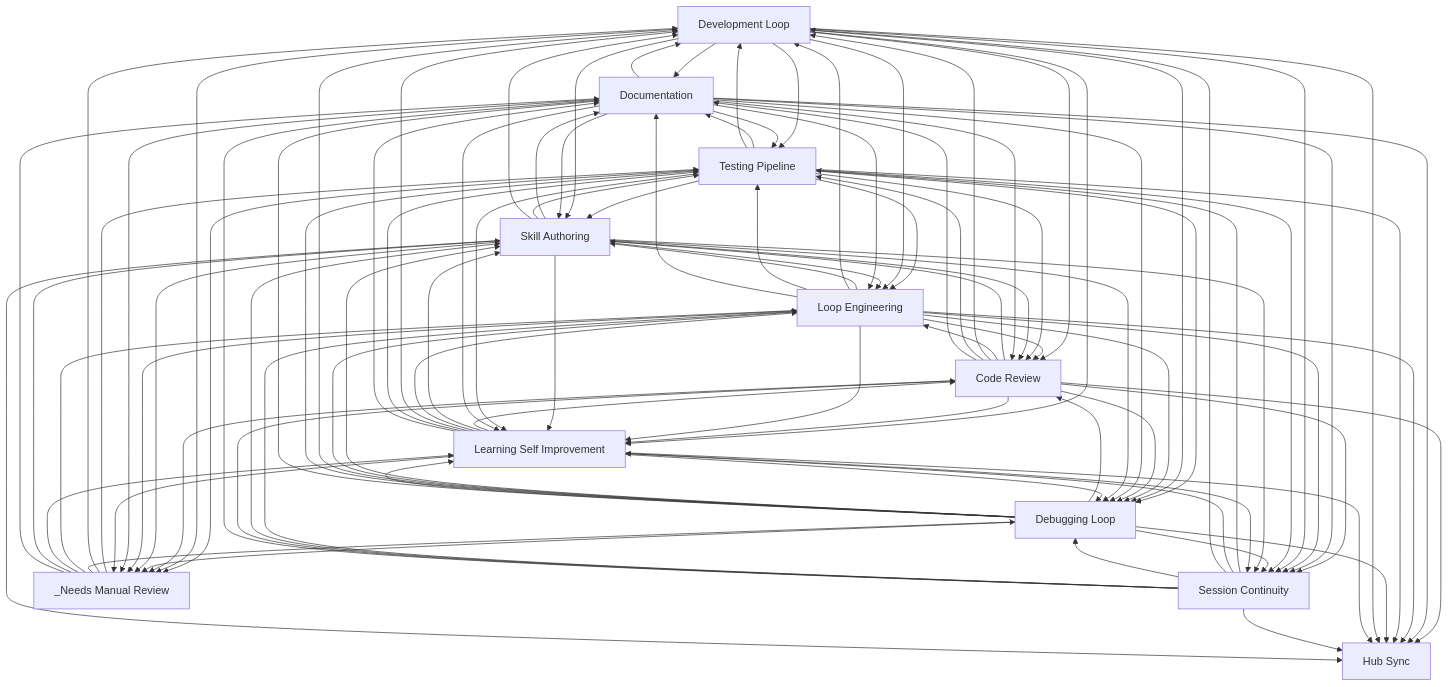
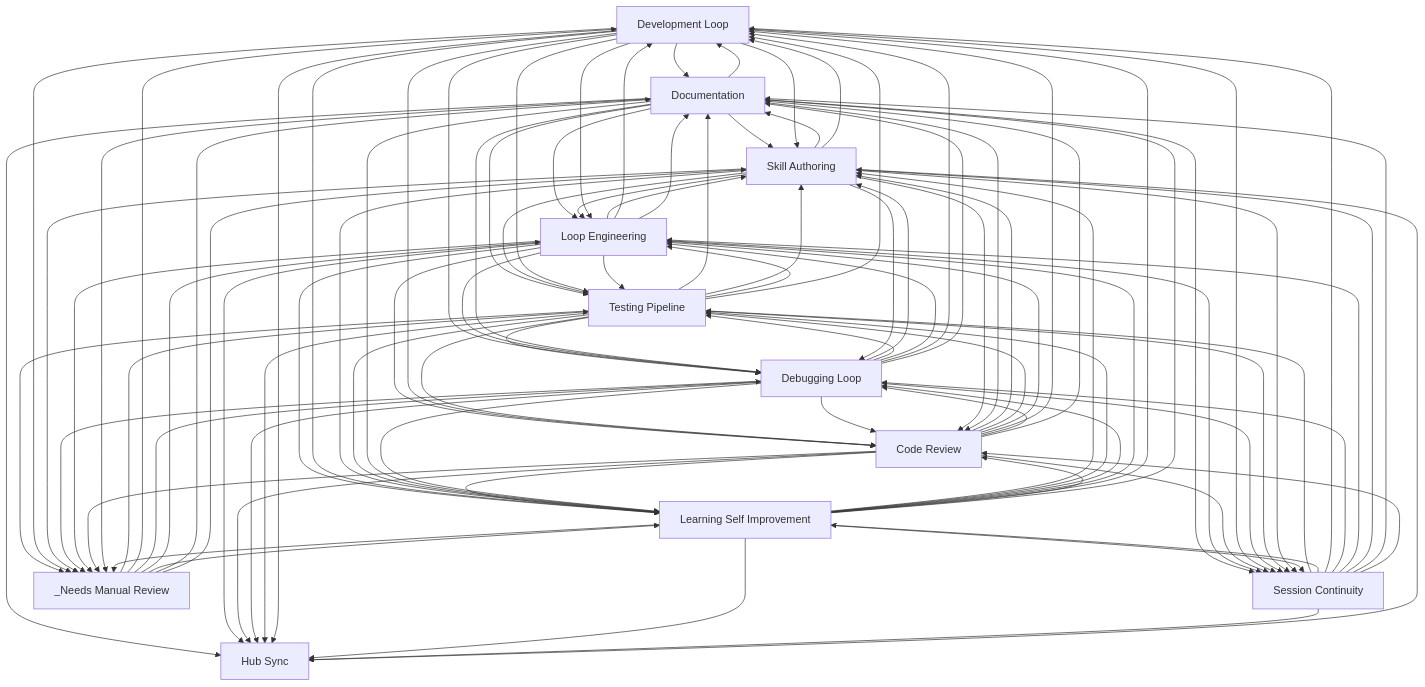
Before and after one commit to abhayla/claude-best-practices: the diagram in docs/workflows/INDEX.md, drawn with Mermaid. The commit also changed other lines of this file and 13 other files, not shown here.

````diff
--- a/docs/workflows/INDEX.md
+++ b/docs/workflows/INDEX.md
@@ -33,43 +33,43 @@
     documentation[Documentation]
     hub_sync[Hub Sync]
     _needs_manual_review[_Needs Manual Review]
+    skill_authoring --> documentation
     testing_pipeline --> documentation
     development_loop --> documentation
-    skill_authoring --> documentation
+    documentation --> skill_authoring
+    documentation --> loop_engineering
+    documentation --> testing_pipeline
+    skill_authoring --> loop_engineering
+    skill_authoring --> testing_pipeline
     testing_pipeline --> skill_authoring
     testing_pipeline --> loop_engineering
-    development_loop --> testing_pipeline
     development_loop --> skill_authoring
     development_loop --> loop_engineering
-    skill_authoring --> testing_pipeline
-    skill_authoring --> loop_engineering
-    documentation --> testing_pipeline
-    documentation --> skill_authoring
-    documentation --> loop_engineering
+    development_loop --> testing_pipeline
+    loop_engineering --> skill_authoring
+    loop_engineering --> testing_pipeline
+    loop_engineering --> development_loop
+    loop_engineering --> code_review
     development_loop --> code_review
     code_review --> skill_authoring
+    code_review --> testing_pipeline
     code_review --> loop_engineering
     code_review --> development_loop
-    code_review --> testing_pipeline
-    loop_engineering --> code_review
-    loop_engineering --> skill_authoring
-    loop_engineering --> development_loop
-    loop_engineering --> testing_pipeline
+    loop_engineering --> learning_self_improvement
     development_loop --> learning_self_improvement
     code_review --> learning_self_improvement
-    loop_engineering --> learning_self_improvement
-    testing_pipeline --> development_loop
     _needs_manual_review --> testing_pipeline
     _needs_manual_review --> development_loop
-    testing_pipeline --> debugging_loop
+    testing_pipeline --> development_loop
     _needs_manual_review --> debugging_loop
     _needs_manual_review --> loop_engineering
+    testing_pipeline --> debugging_loop
     testing_pipeline --> code_review
-    debugging_loop --> code_review
     debugging_loop --> skill_authoring
+    debugging_loop --> testing_pipeline
     debugging_loop --> loop_engineering
     debugging_loop --> development_loop
-    debugging_loop --> testing_pipeline
+    debugging_loop --> code_review
     development_loop --> debugging_loop
     documentation --> development_loop
     loop_engineering --> debugging_loop
@@ -80,53 +80,53 @@
     testing_pipeline --> learning_self_improvement
     testing_pipeline --> _needs_manual_review
     development_loop --> _needs_manual_review
+    documentation --> debugging_loop
+    documentation --> code_review
     code_review --> debugging_loop
-    documentation --> code_review
-    documentation --> debugging_loop
-    code_review --> session_continuity
-    code_review --> documentation
-    code_review --> hub_sync
     documentation --> session_continuity
     documentation --> hub_sync
     documentation --> learning_self_improvement
     loop_engineering --> session_continuity
     loop_engineering --> hub_sync
+    code_review --> session_continuity
+    code_review --> hub_sync
+    code_review --> documentation
+    development_loop --> session_continuity
     session_continuity --> testing_pipeline
     session_continuity --> learning_self_improvement
-    development_loop --> session_continuity
     _needs_manual_review --> learning_self_improvement
-    testing_pipeline --> session_continuity
     debugging_loop --> session_continuity
     debugging_loop --> learning_self_improvement
+    testing_pipeline --> session_continuity
+    debugging_loop --> hub_sync
+    debugging_loop --> documentation
     testing_pipeline --> hub_sync
-    debugging_loop --> documentation
-    debugging_loop --> hub_sync
     development_loop --> hub_sync
+    skill_authoring --> session_continuity
     session_continuity --> development_loop
-    skill_authoring --> session_continuity
+    skill_authoring --> debugging_loop
     session_continuity --> debugging_loop
     session_continuity --> loop_engineering
-    skill_authoring --> debugging_loop
-    learning_self_improvement --> code_review
+    learning_self_improvement --> skill_authoring
+    learning_self_improvement --> testing_pipeline
     learning_self_improvement --> debugging_loop
-    learning_self_improvement --> skill_authoring
     learning_self_improvement --> loop_engineering
     learning_self_improvement --> development_loop
-    learning_self_improvement --> testing_pipeline
+    learning_self_improvement --> code_review
+    skill_authoring --> _needs_manual_review
+    debugging_loop --> _needs_manual_review
+    loop_engineering --> _needs_manual_review
     code_review --> _needs_manual_review
-    debugging_loop --> _needs_manual_review
-    skill_authoring --> _needs_manual_review
-    loop_engineering --> _needs_manual_review
+    _needs_manual_review --> documentation
     _needs_manual_review --> skill_authoring
-    _needs_manual_review --> documentation
     learning_self_improvement --> session_continuity
     documentation --> _needs_manual_review
     session_continuity --> skill_authoring
+    learning_self_improvement --> hub_sync
     learning_self_improvement --> documentation
-    learning_self_improvement --> hub_sync
+    session_continuity --> hub_sync
+    session_continuity --> documentation
     session_continuity --> code_review
-    session_continuity --> documentation
-    session_continuity --> hub_sync
     skill_authoring --> hub_sync
     learning_self_improvement --> _needs_manual_review
 ```
````
